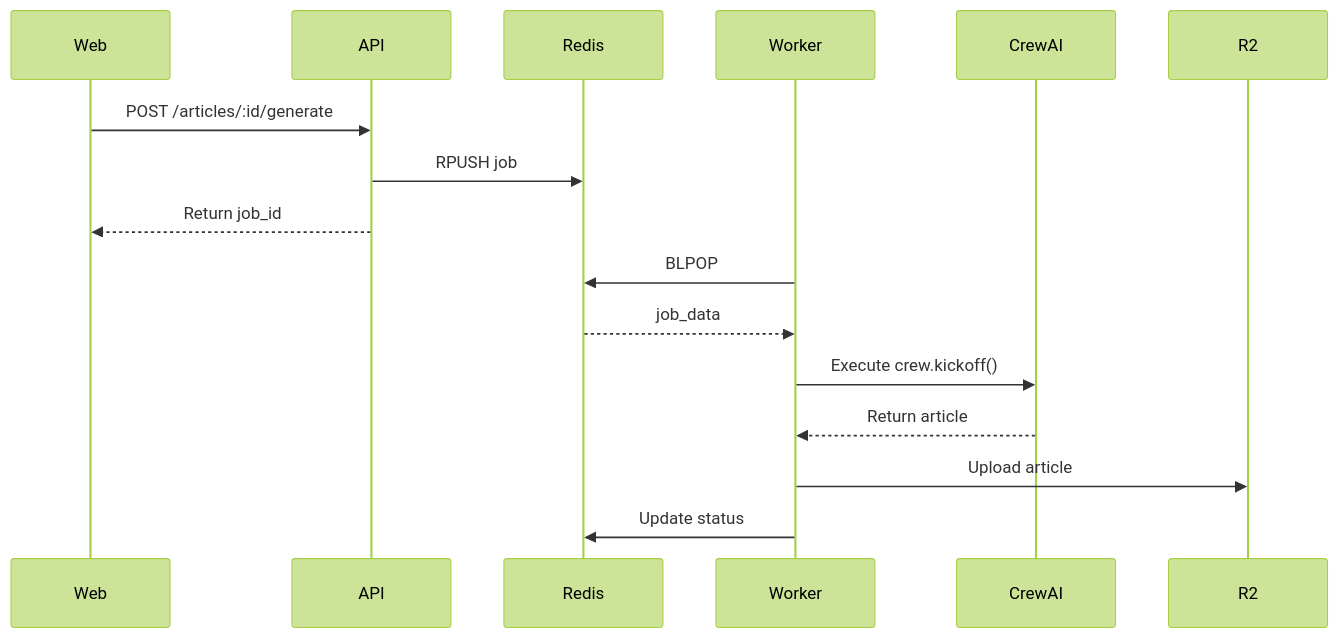
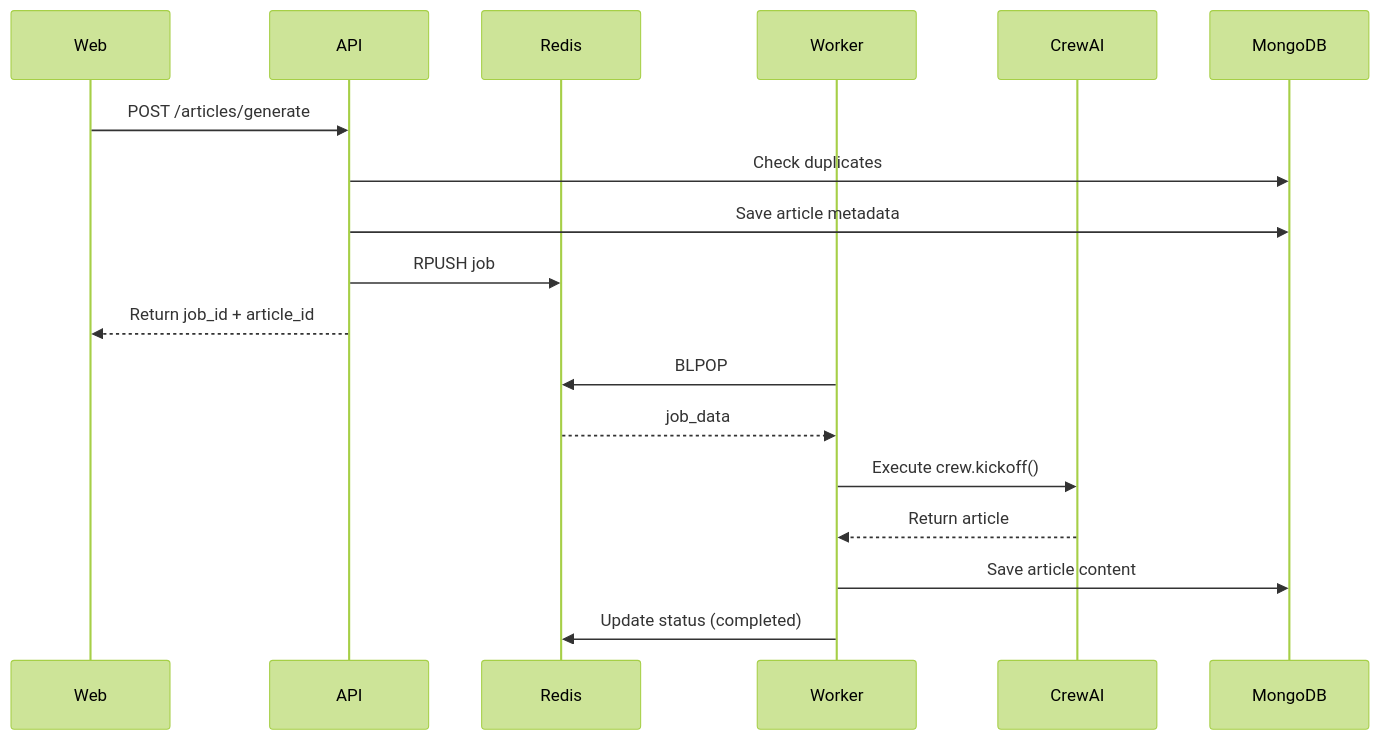
The second of 2 diagrams in ARCHITECTURE.md (seung-gu/opad), drawn with Mermaid (forest theme) before and after one commit. The commit also changed other lines of this file and 6 other files, not shown here.

First line of the commit message:
refactor: update architecture documentation and add MongoDB integration details

````diff
--- a/ARCHITECTURE.md
+++ b/ARCHITECTURE.md
@@ -72,22 +72,24 @@
 ```mermaid
 sequenceDiagram
     participant Web
     participant API
     participant Redis
     participant Worker
     participant CrewAI
-    participant R2
+    participant MongoDB
     
-    Web->>API: POST /articles/:id/generate
+    Web->>API: POST /articles/generate
+    API->>MongoDB: Check duplicates
+    API->>MongoDB: Save article metadata
     API->>Redis: RPUSH job
-    API-->>Web: Return job_id
+    API-->>Web: Return job_id + article_id
     
     Worker->>Redis: BLPOP
     Redis-->>Worker: job_data
     
     Worker->>CrewAI: Execute crew.kickoff()
     CrewAI-->>Worker: Return article
     
-    Worker->>R2: Upload article
-    Worker->>Redis: Update status
+    Worker->>MongoDB: Save article content
+    Worker->>Redis: Update status (completed)
 ```
````
